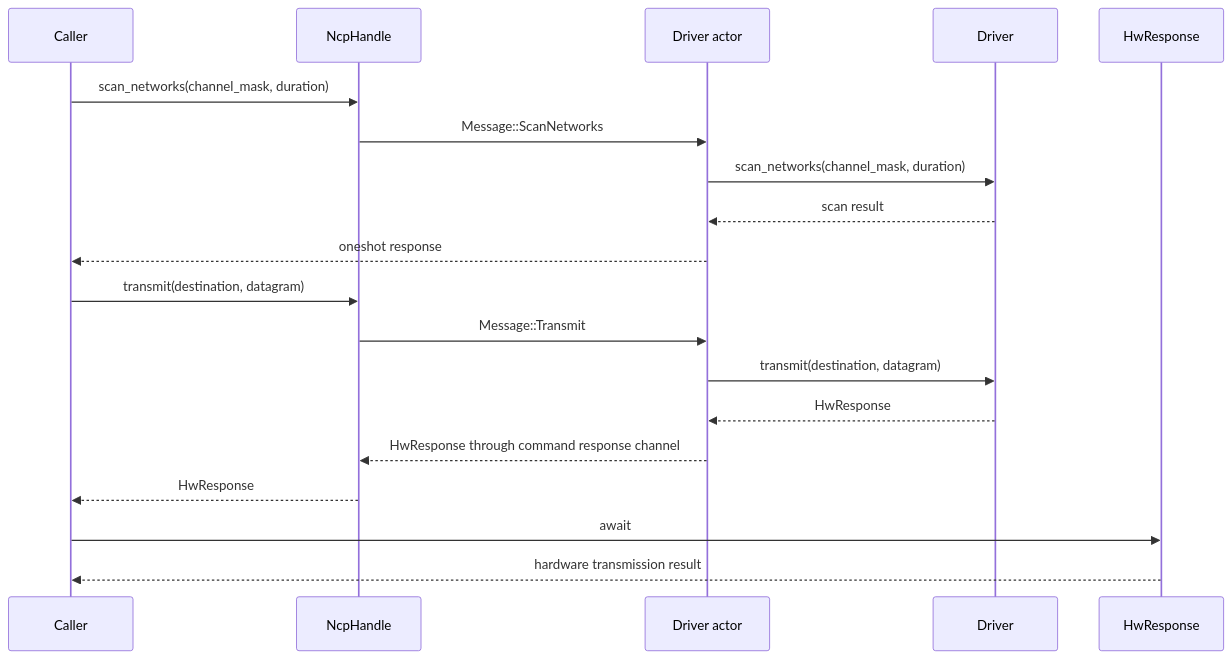
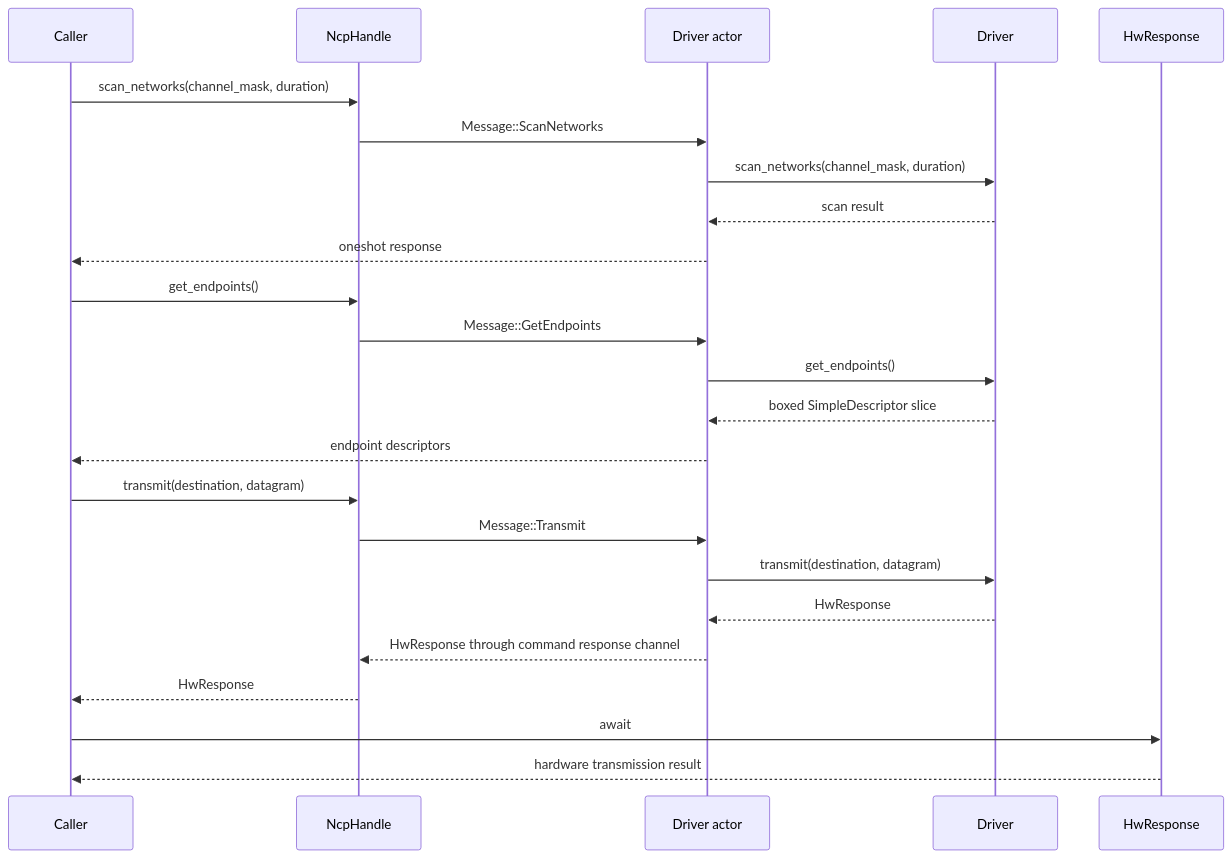
Before and after one commit to PaulmannLighting/apis-saltans: the third of 4 diagrams in hw/ARCHITECTURE.md, drawn with Mermaid. The commit also changed other lines of this file and 15 other files, not shown here.

Commit message:
Update API to let NCP driver provide `SimpleDescriptor` information about its own endpoints.

````diff
--- a/hw/ARCHITECTURE.md
+++ b/hw/ARCHITECTURE.md
@@ -179,23 +184,29 @@
 ```mermaid
 sequenceDiagram
     participant C as Caller;
     participant H as NcpHandle;
     participant A as Driver actor;
     participant D as Driver;
     participant R as HwResponse;
 
     C->>H: scan_networks(channel_mask, duration);
     H->>A: Message::ScanNetworks;
     A->>D: scan_networks(channel_mask, duration);
     D-->>A: scan result;
     A-->>C: oneshot response;
 
+    C->>H: get_endpoints();
+    H->>A: Message::GetEndpoints;
+    A->>D: get_endpoints();
+    D-->>A: boxed SimpleDescriptor slice;
+    A-->>C: endpoint descriptors;
+
     C->>H: transmit(destination, datagram);
     H->>A: Message::Transmit;
     A->>D: transmit(destination, datagram);
     D-->>A: HwResponse;
     A-->>H: HwResponse through command response channel;
     H-->>C: HwResponse;
     C->>R: await;
     R-->>C: hardware transmission result;
 ```
````
